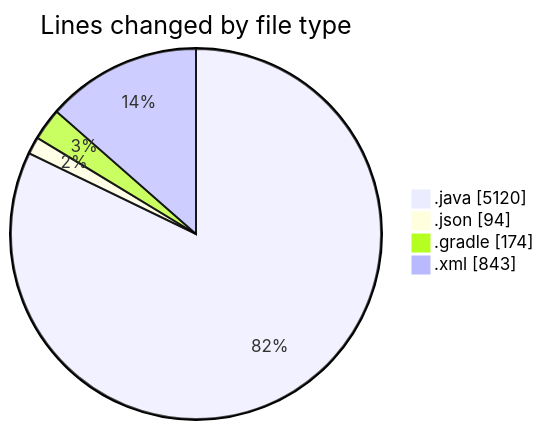
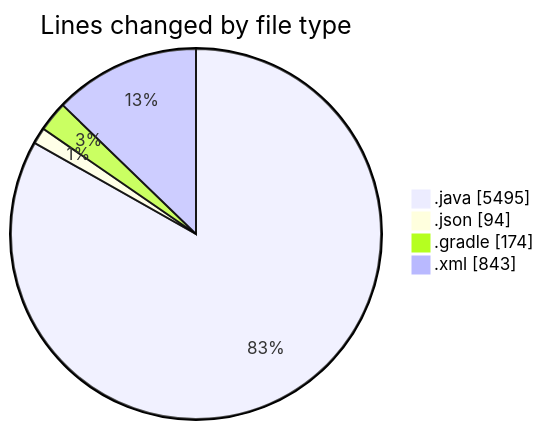
One commit to charlie-sans/code-tracking changed the first of 2 diagrams in 2025-02-22/micros/README.md. Above: the diagram before and after it, drawn with Mermaid. The commit also changed other lines of this file and 1 other file, not shown here.

````diff
--- a/2025-02-22/micros/README.md
+++ b/2025-02-22/micros/README.md
@@ -61,8 +61,8 @@
 ```mermaid
 pie showData
 title Lines changed by file type
-".java" : 5120
+".java" : 5495
 ".json" : 94
 ".gradle" : 174
 ".xml" : 843
 ```
````
